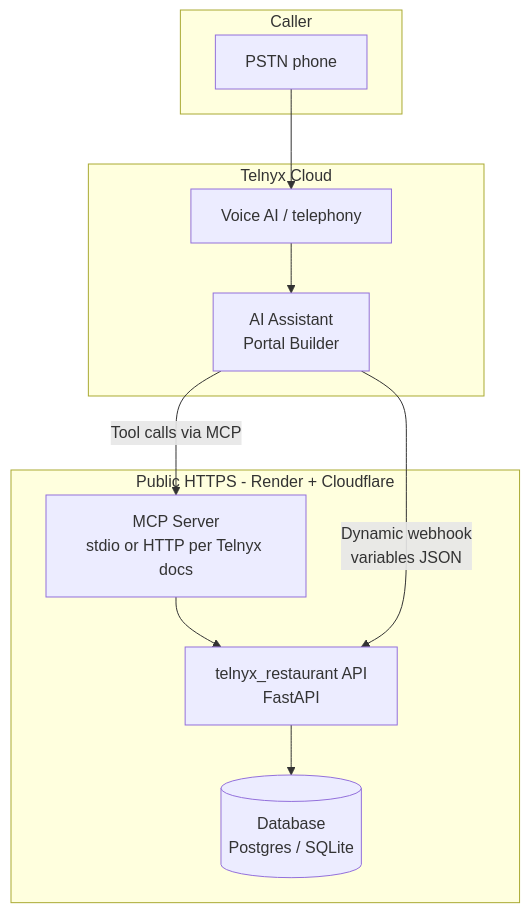
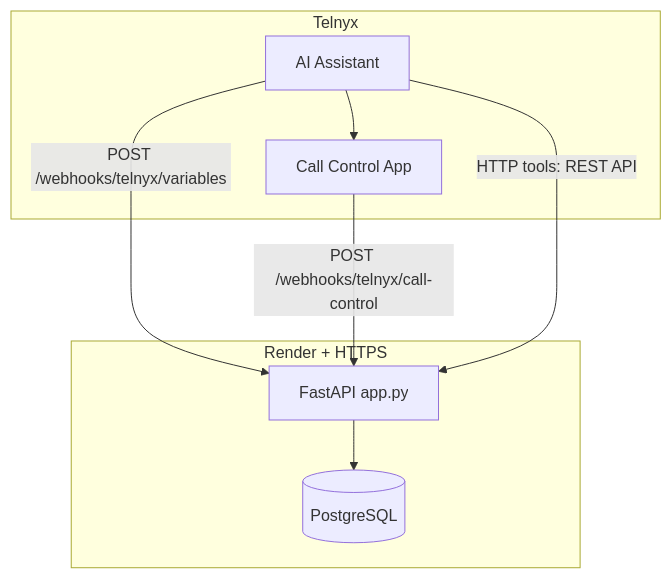
The diagram in README.md (hjleepapa/8-telnyx), drawn with Mermaid before and after one commit. The commit also changed other lines of this file and 1 other file, not shown here.

First line of the commit message:
docs: refresh README for API, webhooks, pre-order, deploy env

````diff
--- a/README.md
+++ b/README.md
@@ -46,23 +28,18 @@
 ```mermaid
 flowchart TB
-  subgraph caller [Caller]
-    Phone[PSTN phone]
+  subgraph telnyx [Telnyx]
+    Assistant[AI Assistant]
+    CC[Call Control App]
+    Assistant --> CC
   end
 
-  subgraph telnyx [Telnyx Cloud]
-    VA[AI Assistant<br/>Portal Builder]
-    PSTN[Voice AI / telephony]
-    Phone --> PSTN --> VA
+  subgraph deploy [Render + HTTPS]
+    App[FastAPI app.py]
+    DB[(PostgreSQL)]
+    App --> DB
   end
 
-  subgraph public [Public HTTPS - Render + Cloudflare]
-    API[telnyx_restaurant API<br/>FastAPI]
-    MCP[MCP Server<br/>stdio or HTTP per Telnyx docs]
-    DB[(Database<br/>Postgres / SQLite)]
-    API --> DB
-    MCP --> API
-  end
-
-  VA -->|Dynamic webhook<br/>variables JSON| API
-  VA -->|Tool calls via MCP| MCP
+  Assistant -->|POST /webhooks/telnyx/variables| App
+  CC -->|POST /webhooks/telnyx/call-control| App
+  Assistant -->|HTTP tools: REST API| App
 ```
````
